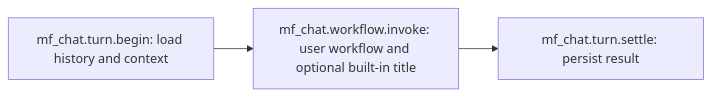
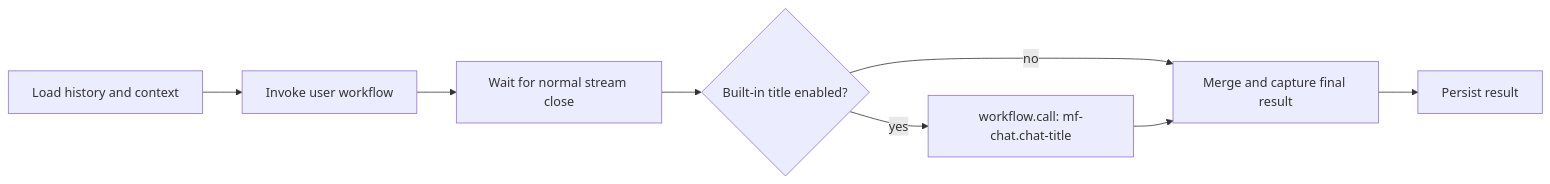
Before and after one commit to linw1995/miniflow: the diagram in docs/chat.md, drawn with Mermaid. The commit also changed other lines of this file and 12 other files, not shown here.

Commit message:
refactor(cli): compose automatic titles in the chat flow

````diff
--- a/docs/chat.md
+++ b/docs/chat.md
@@ -58,5 +58,10 @@
 ```mermaid
 flowchart LR
-    Begin["mf_chat.turn.begin: load history and context"] --> Invoke["mf_chat.workflow.invoke: user workflow and optional built-in title"]
-    Invoke --> Settle["mf_chat.turn.settle: persist result"]
+    Begin["Load history and context"] --> Invoke["Invoke user workflow"]
+    Invoke --> Route["Wait for normal stream close"]
+    Route --> Enabled{"Built-in title enabled?"}
+    Enabled -->|yes| Title["workflow.call: mf-chat.chat-title"]
+    Enabled -->|no| Complete["Merge and capture final result"]
+    Title --> Complete
+    Complete --> Settle["Persist result"]
 ```
````
